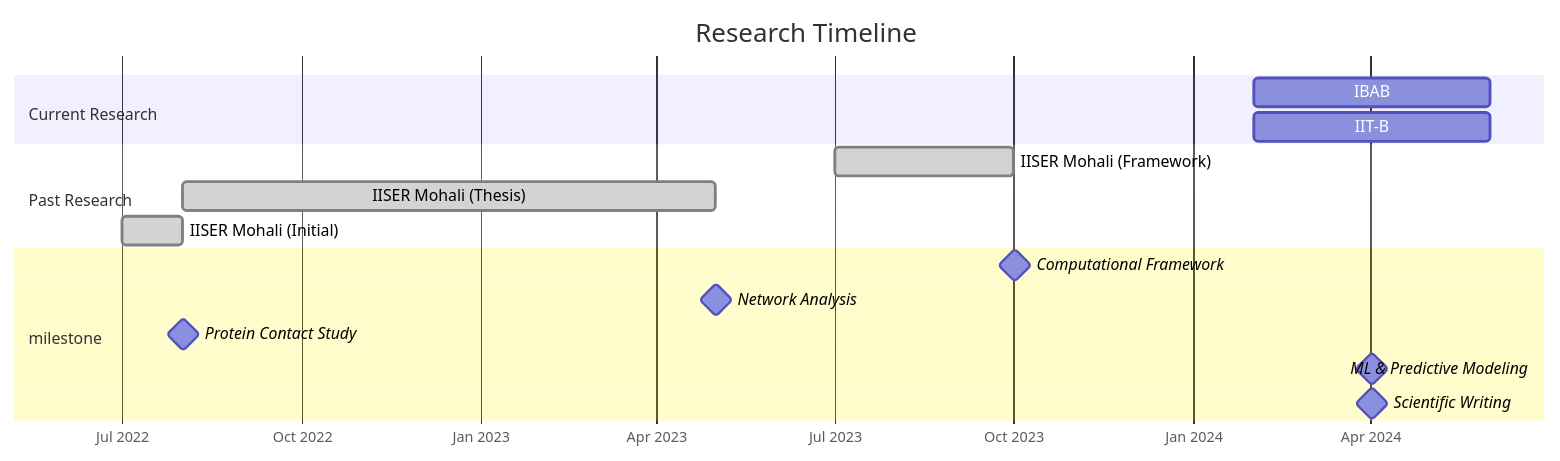
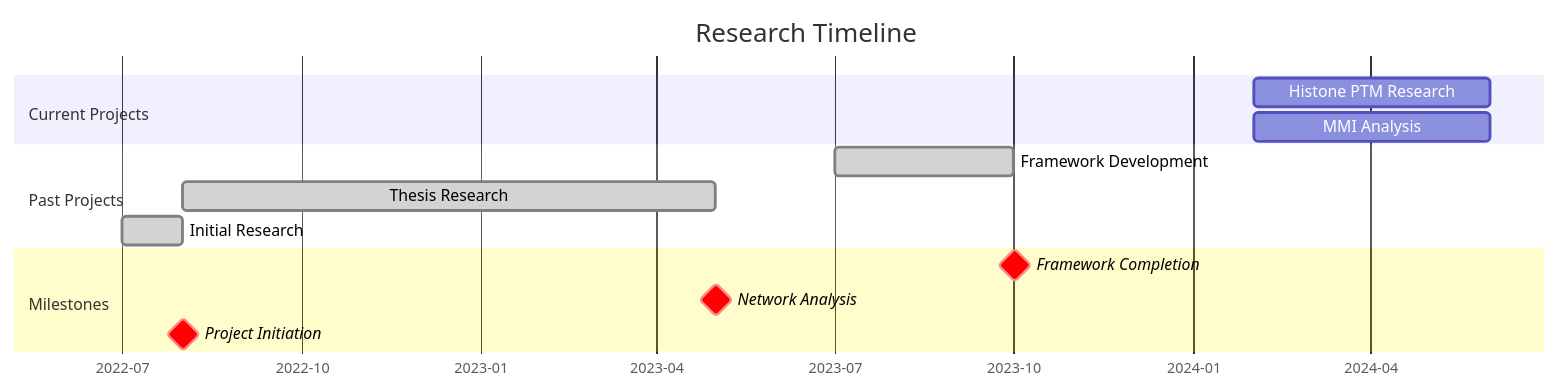
Before and after one commit to dhana56/dhana56: the third of 3 diagrams in README.md, drawn with Mermaid. The commit also changed other lines of this file, not shown here.

Commit message:
Revise research timeline sections in README.md for improved clarity and organization

````diff
--- a/README.md
+++ b/README.md
@@ -206,26 +206,20 @@
 ```mermaid
 gantt
     title Research Timeline
     dateFormat YYYY-MM
-    axisFormat %b %Y
+    axisFormat %Y-%m
 
-    section Current Research
-    IBAB: Histone PTM Research     :active, 2024-02, 2024-06
-    IIT-B: MMI Analysis           :active, 2024-02, 2024-06
-  
+    section Current Projects
+    Histone PTM Research    :ptm, 2024-02, 2024-06
+    MMI Analysis           :mmi, 2024-02, 2024-06
 
-    section Past Research
-    IISER Mohali (Framework)      :done, framework, 2023-07, 2023-10
-    IISER Mohali (Thesis)        :done, thesis, 2022-08, 2023-05
-    IISER Mohali (Initial)       :done, initial, 2022-07, 2022-08
+    section Past Projects
+    Framework Development  :done, 2023-07, 2023-10
+    Thesis Research       :done, 2022-08, 2023-05
+    Initial Research      :done, 2022-07, 2022-08
 
-    section milestone
-    Computational Framework       :milestone, 2023-10, 1d
-    Network Analysis             :milestone, 2023-05, 1d
-    Protein Contact Study        :milestone, 2022-08, 1d
-    ML & Predictive Modeling      :milestone, 2024-02, 2024-06
-    Scientific Writing           :milestone, 2024-02, 2024-06
-
-%% Styling definitions
-%% Colors inherit from theme
+    section Milestones
+    Framework Completion  :crit, milestone, 2023-10, 1d
+    Network Analysis     :crit, milestone, 2023-05, 1d
+    Project Initiation   :crit, milestone, 2022-08, 1d
 ```
````
